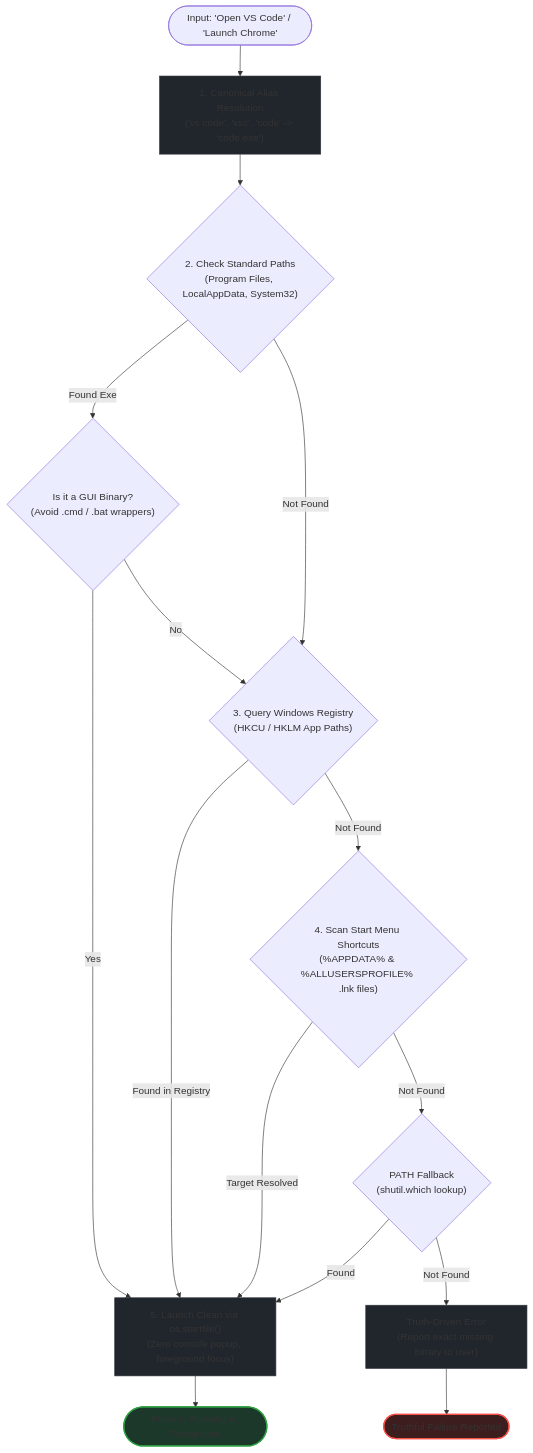
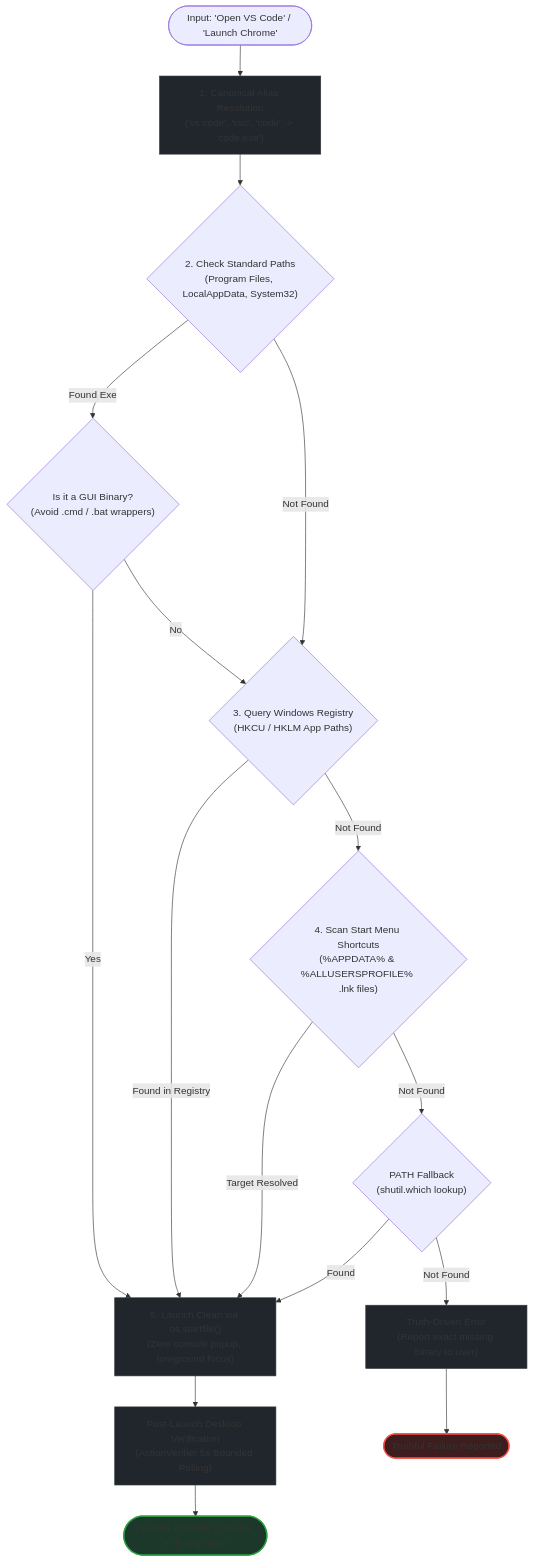
The fifth of 9 diagrams in README.md (Abubakkar-Khan/VICTOR_THE_ARTIFICIAL_SOUL), drawn with Mermaid before and after one commit. The commit also changed other lines of this file and 10 other files, not shown here.

````diff
--- a/README.md
+++ b/README.md
@@ -403,31 +565,32 @@
 ```mermaid
 flowchart TD
     Start(["Input: 'Open VS Code' / 'Launch Chrome'"]) --> AliasCheck["1. Canonical Alias Resolution<br/>('vs code', 'vsc', 'code' -> 'code.exe')"]
     
     AliasCheck --> StdPathCheck{"2. Check Standard Paths<br/>(Program Files, LocalAppData, System32)"}
     
     StdPathCheck -- "Found Exe" --> VerifyGUI{"Is it a GUI Binary?<br/>(Avoid .cmd / .bat wrappers)"}
     VerifyGUI -- Yes --> Startfile["5. Launch Clean via os.startfile()<br/>(Zero console popup, foreground focus)"]
     VerifyGUI -- No --> RegCheck
     
     StdPathCheck -- "Not Found" --> RegCheck{"3. Query Windows Registry<br/>(HKCU / HKLM App Paths)"}
     
     RegCheck -- "Found in Registry" --> Startfile
     RegCheck -- "Not Found" --> LnkCheck{"4. Scan Start Menu Shortcuts<br/>(%APPDATA% & %ALLUSERSPROFILE% .lnk files)"}
     
     LnkCheck -- "Target Resolved" --> Startfile
     LnkCheck -- "Not Found" --> ShutilWhich{"PATH Fallback<br/>(shutil.which lookup)"}
     
     ShutilWhich -- "Found" --> Startfile
     ShutilWhich -- "Not Found" --> FailReport["Truth-Driven Error<br/>(Report exact missing binary to user)"]
 
-    Startfile --> Success(["Process Running in Foreground"])
+    Startfile --> PostVerify["Post-Launch Desktop Verification<br/>(ActionVerifier 5s Bounded Polling)"]
+    PostVerify --> Success(["Process Running & Visible in Foreground"])
     FailReport --> ErrorOut(["Truthful Failure Reported"])
 
     classDef success fill:#1b382b,stroke:#2ea043,stroke-width:2px;
     classDef failure fill:#3d1d1d,stroke:#f85149,stroke-width:2px;
     classDef action fill:#21262d,stroke:#30363d,stroke-width:1px;
     class Success success;
     class ErrorOut failure;
-    class AliasCheck,Startfile,FailReport action;
+    class AliasCheck,Startfile,FailReport,PostVerify action;
 ```
````
